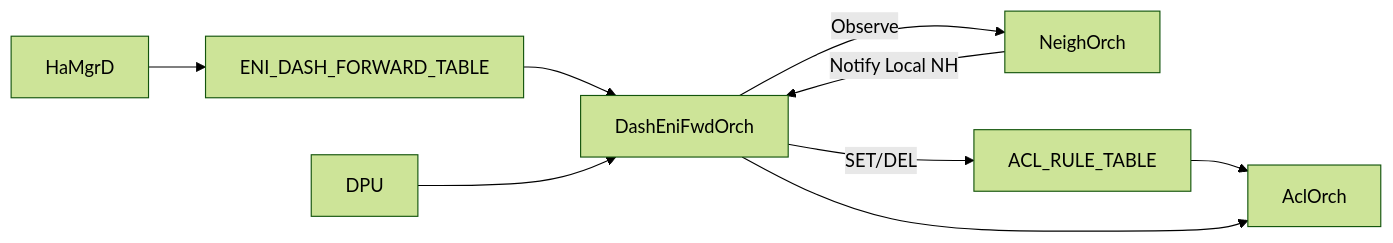
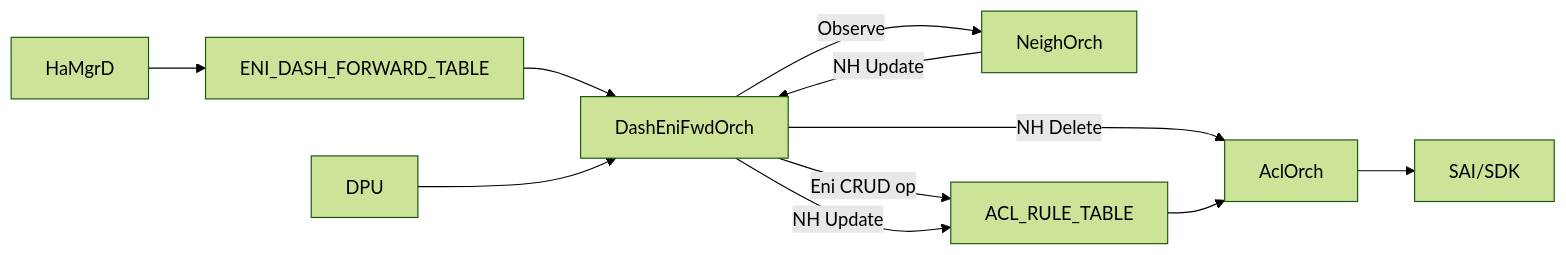
One commit to sonic-net/SONiC changed the second of 3 diagrams in doc/smart-switch/high-availability/eni-based-forwarding.md. Above: the diagram before and after it, drawn with Mermaid (forest theme). The commit also changed other lines of this file, not shown here.

````diff
--- a/doc/smart-switch/high-availability/eni-based-forwarding.md
+++ b/doc/smart-switch/high-availability/eni-based-forwarding.md
@@ -273,15 +274,18 @@
 ```mermaid
 flowchart LR
     ENI_TABLE[ENI_DASH_FORWARD_TABLE]
 
     HaMgrD --> ENI_TABLE
     ENI_TABLE --> DashEniFwdOrch
     DPU --> DashEniFwdOrch
 
     DashEniFwdOrch --> |Observe| NeighOrch
-    NeighOrch --> |Notify Local NH| DashEniFwdOrch
+    NeighOrch --> |NH Update| DashEniFwdOrch
 
-    DashEniFwdOrch --> | SET/DEL | ACL_RULE_TABLE
-    ACL_RULE_TABLE --> AclOrch
-    DashEniFwdOrch --> AclOrch
+    DashEniFwdOrch --> | Eni CRUD op | ACL_RULE_TABLE
+    DashEniFwdOrch --> | NH Update | ACL_RULE_TABLE
+    DashEniFwdOrch --> | NH Delete| AclOrch
+
+    ACL_RULE_TABLE -->  AclOrch
+    AclOrch --> SAI/SDK
 ```
````
